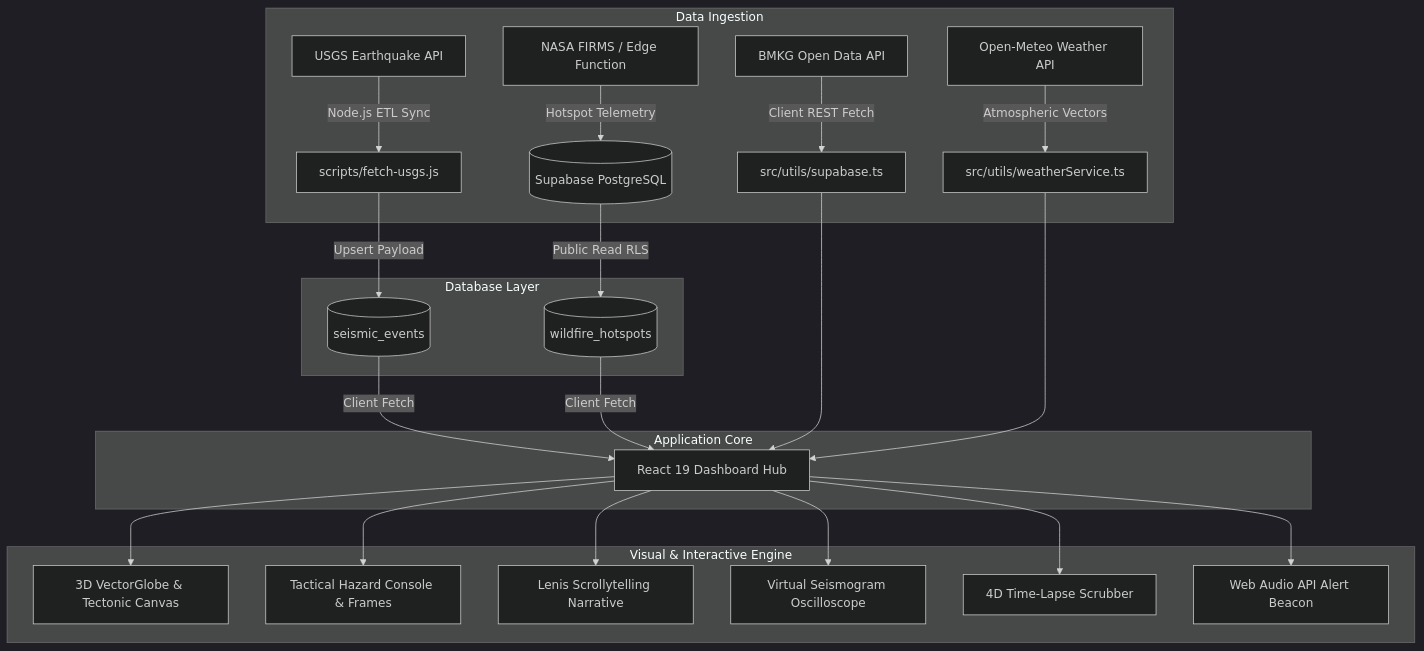
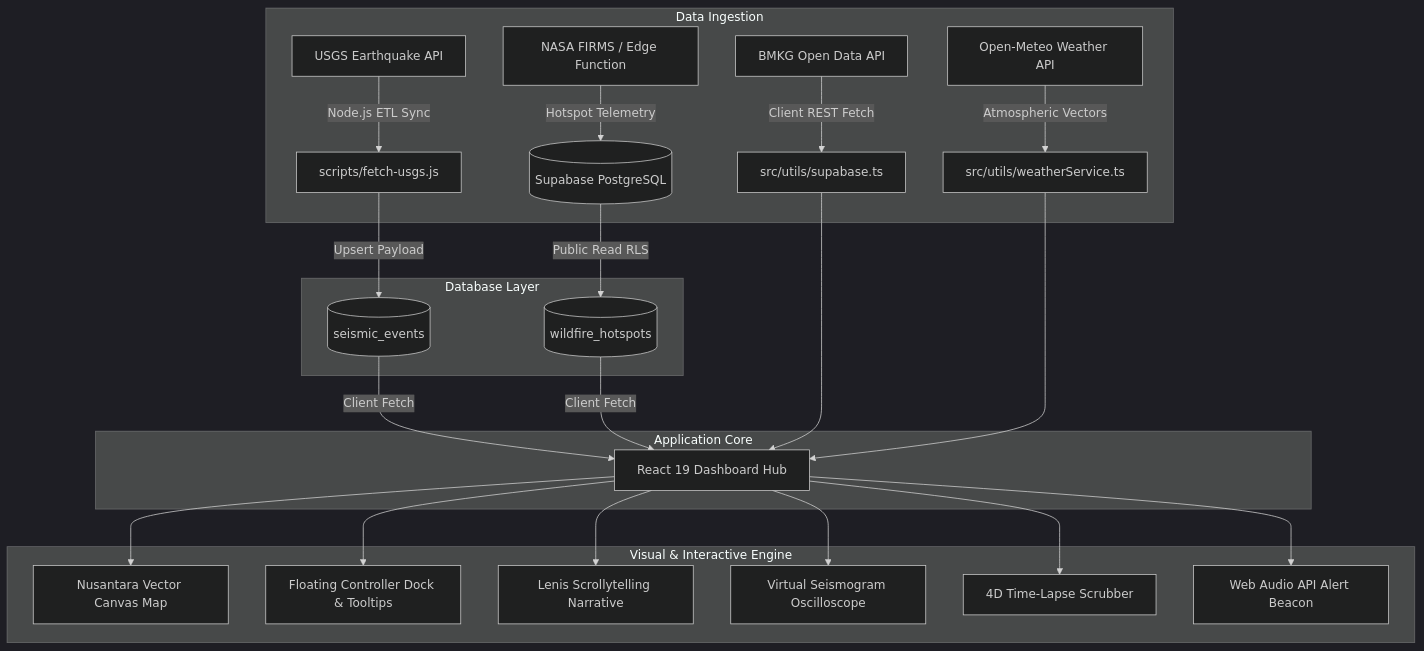
The diagram in README.md (FerrelHD/Global-Seismic-Tracker), drawn with Mermaid (dark theme) before and after one commit. The commit also changed other lines of this file and 18 other files, not shown here.

Commit message:
clear old architecture

````diff
--- a/README.md
+++ b/README.md
@@ -80,30 +80,30 @@
 ```mermaid
 graph TD
   subgraph Data Ingestion
     USGS[USGS Earthquake API] -->|Node.js ETL Sync| FetchScript[scripts/fetch-usgs.js]
     BMKG[BMKG Open Data API] -->|Client REST Fetch| BMKGUtil[src/utils/supabase.ts]
     FIRMS[NASA FIRMS / Edge Function] -->|Hotspot Telemetry| HotspotDB[(Supabase PostgreSQL)]
     Meteo[Open-Meteo Weather API] -->|Atmospheric Vectors| WeatherSvc[src/utils/weatherService.ts]
   end
 
   subgraph Database Layer
     FetchScript -->|Upsert Payload| DB_Seismic[(seismic_events)]
     HotspotDB -->|Public Read RLS| DB_Hotspots[(wildfire_hotspots)]
   end
 
   subgraph Application Core
     DB_Seismic -->|Client Fetch| App[React 19 Dashboard Hub]
     DB_Hotspots -->|Client Fetch| App
     BMKGUtil --> App
     WeatherSvc --> App
   end
 
   subgraph Visual & Interactive Engine
-    App --> VectorGlobe[3D VectorGlobe & Tectonic Canvas]
-    App --> HUD[Tactical Hazard Console & Frames]
+    App --> VectorMap[Nusantara Vector Canvas Map]
+    App --> HUD[Floating Controller Dock & Tooltips]
     App --> Scrolly[Lenis Scrollytelling Narrative]
     App --> Seismogram[Virtual Seismogram Oscilloscope]
     App --> TimeLapse[4D Time-Lapse Scrubber]
     App --> Audio[Web Audio API Alert Beacon]
   end
 ```
````
